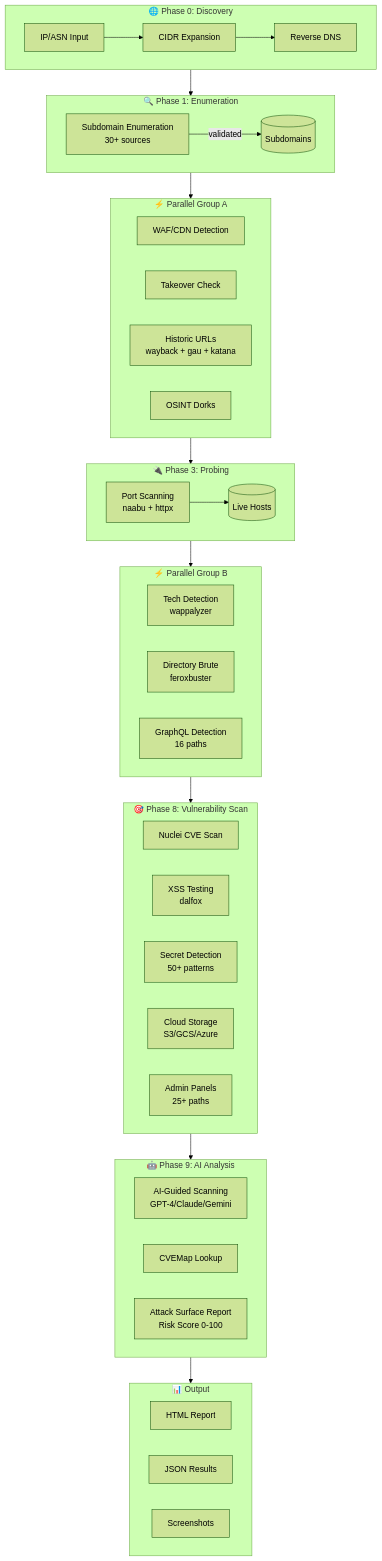
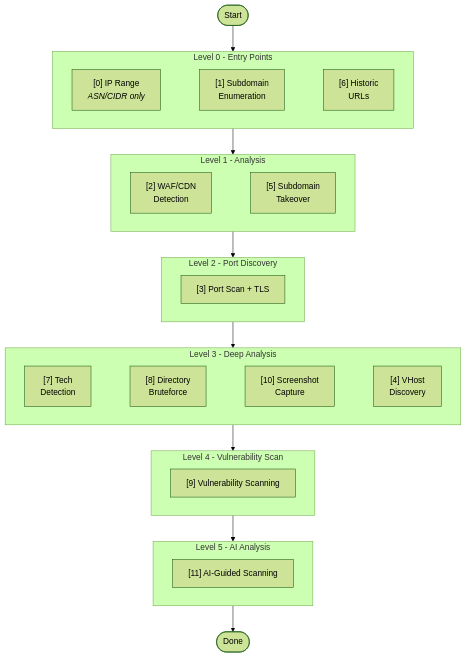
The first of 2 diagrams in docs/USAGE.md (rootsploit/Reconator), drawn with Mermaid (forest theme) before and after one commit. The commit also changed other lines of this file and 48 other files, not shown here.

````diff
--- a/docs/USAGE.md
+++ b/docs/USAGE.md
@@ -24,58 +34,38 @@
 ```mermaid
 flowchart TB
-    subgraph Phase0["🌐 Phase 0: Discovery"]
-        IP[IP/ASN Input] --> CIDR[CIDR Expansion]
-        CIDR --> RevDNS[Reverse DNS]
+    START([Start])
+
+    subgraph Level0["Level 0 - Entry Points"]
+        IP["[0] IP Range<br/><i>ASN/CIDR only</i>"] ~~~ SUB["[1] Subdomain<br/>Enumeration"] ~~~ HIST["[6] Historic<br/>URLs"]
     end
 
-    subgraph Phase1["🔍 Phase 1: Enumeration"]
-        SUB[Subdomain Enumeration<br/>30+ sources]
-        SUB --> |validated| SUBS[(Subdomains)]
+    subgraph Level1["Level 1 - Analysis"]
+        WAF["[2] WAF/CDN<br/>Detection"] ~~~ TAKE["[5] Subdomain<br/>Takeover"]
     end
 
-    subgraph ParallelA["⚡ Parallel Group A"]
-        WAF[WAF/CDN Detection]
-        TAKE[Takeover Check]
-        HIST[Historic URLs<br/>wayback + gau + katana]
-        OSINT[OSINT Dorks]
+    subgraph Level2["Level 2 - Port Discovery"]
+        PORTS["[3] Port Scan + TLS"]
     end
 
-    subgraph Phase3["🔌 Phase 3: Probing"]
-        PORTS[Port Scanning<br/>naabu + httpx]
-        PORTS --> ALIVE[(Live Hosts)]
+    subgraph Level3["Level 3 - Deep Analysis"]
+        TECH["[7] Tech<br/>Detection"] ~~~ DIR["[8] Directory<br/>Bruteforce"] ~~~ SCREEN["[10] Screenshot<br/>Capture"] ~~~ VHOST["[4] VHost<br/>Discovery"]
     end
 
-    subgraph ParallelB["⚡ Parallel Group B"]
-        TECH[Tech Detection<br/>wappalyzer]
-        DIR[Directory Brute<br/>feroxbuster]
-        GQL[GraphQL Detection<br/>16 paths]
+    subgraph Level4["Level 4 - Vulnerability Scan"]
+        VULN["[9] Vulnerability Scanning"]
     end
 
-    subgraph Phase8["🎯 Phase 8: Vulnerability Scan"]
-        NUCLEI[Nuclei CVE Scan]
-        XSS[XSS Testing<br/>dalfox]
-        SECRETS[Secret Detection<br/>50+ patterns]
-        CLOUD[Cloud Storage<br/>S3/GCS/Azure]
-        ADMIN[Admin Panels<br/>25+ paths]
+    subgraph Level5["Level 5 - AI Analysis"]
+        AI["[11] AI-Guided Scanning"]
     end
 
-    subgraph Phase9["🤖 Phase 9: AI Analysis"]
-        AI[AI-Guided Scanning<br/>GPT-4/Claude/Gemini]
-        CVEMAP[CVEMap Lookup]
-        REPORT[Attack Surface Report<br/>Risk Score 0-100]
-    end
+    DONE([Done])
 
-    subgraph Output["📊 Output"]
-        HTML[HTML Report]
-        JSON[JSON Results]
-        SCREEN[Screenshots]
-    end
-
-    Phase0 --> Phase1
-    Phase1 --> ParallelA
-    ParallelA --> Phase3
-    Phase3 --> ParallelB
-    ParallelB --> Phase8
-    Phase8 --> Phase9
-    Phase9 --> Output
+    START --> Level0
+    Level0 --> Level1
+    Level1 --> Level2
+    Level2 --> Level3
+    Level3 --> Level4
+    Level4 --> Level5
+    Level5 --> DONE
 ```
````
